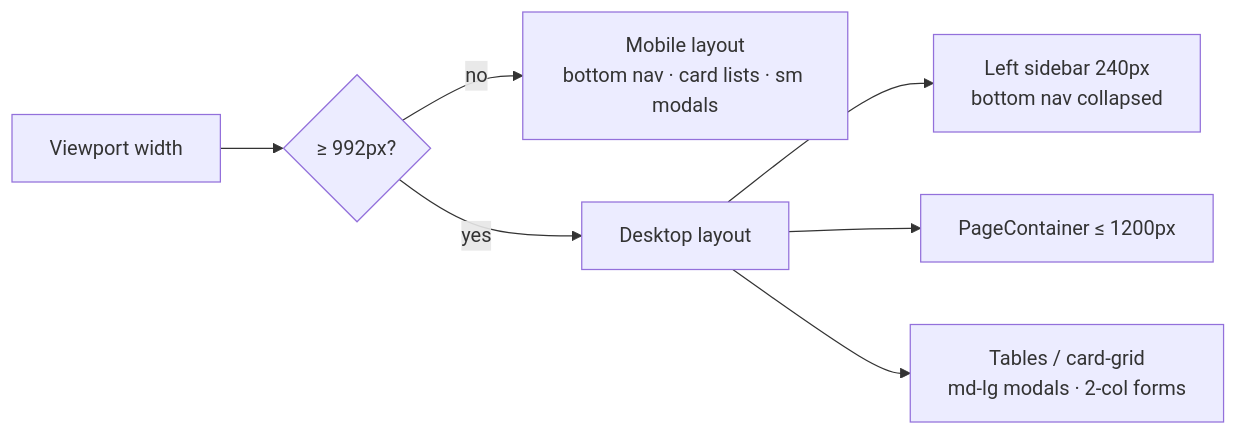
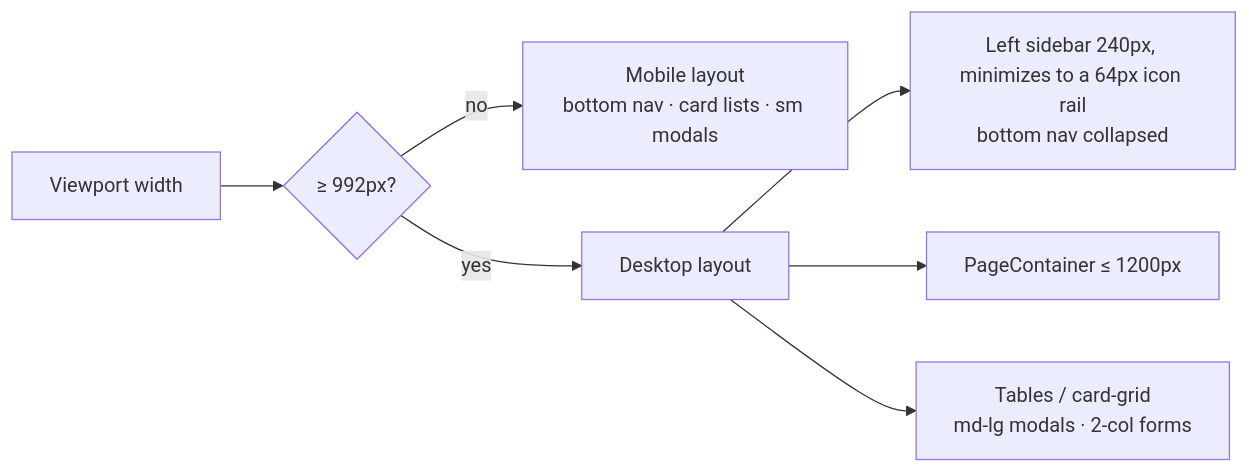
The diagram in docs/desktop-responsive.md (oncloudnintynineone-source/cloudy2), drawn with Mermaid before and after one commit. The commit also changed other lines of this file and 8 other files, not shown here.

````diff
--- a/docs/desktop-responsive.md
+++ b/docs/desktop-responsive.md
@@ -41,9 +41,9 @@
 ```mermaid
 flowchart LR
     A[Viewport width] --> B{≥ 992px?}
     B -- no --> C[Mobile layout<br/>bottom nav · card lists · sm modals]
     B -- yes --> D[Desktop layout]
-    D --> E[Left sidebar 240px<br/>bottom nav collapsed]
+    D --> E[Left sidebar 240px, minimizes to a 64px icon rail<br/>bottom nav collapsed]
     D --> F[PageContainer ≤ 1200px]
     D --> G[Tables / card-grid<br/>md-lg modals · 2-col forms]
 ```
````
